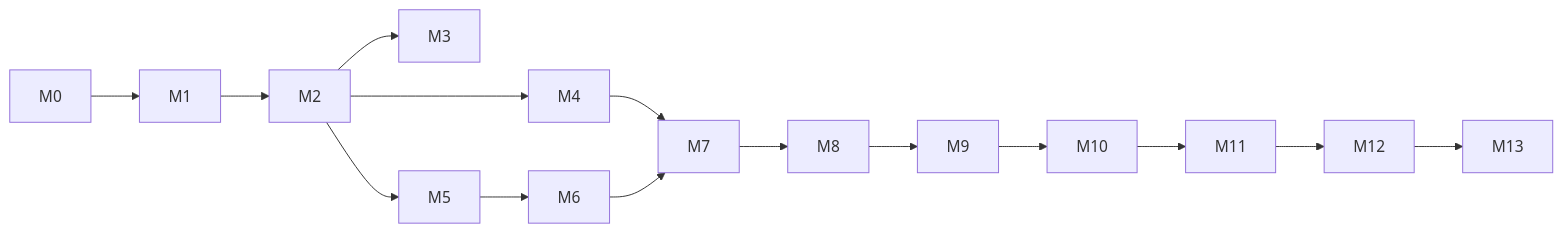
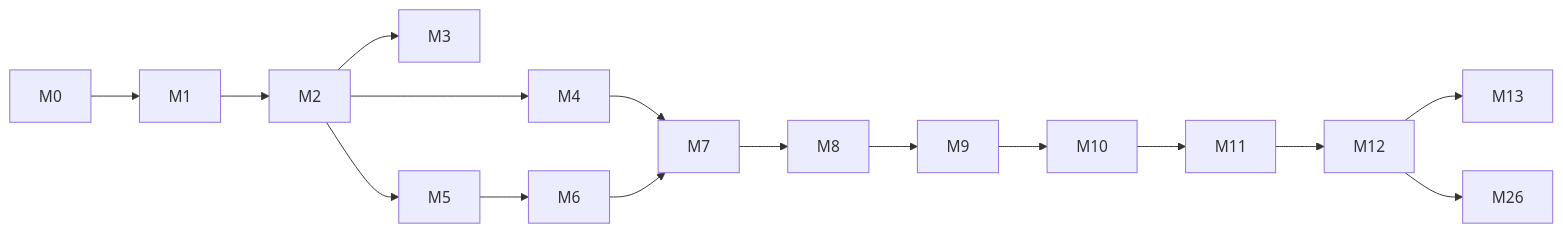
The second of 2 diagrams in docs/plan/14-roadmap.md (ebnmajed/kareem-marefa), drawn with Mermaid before and after one commit. The commit also changed other lines of this file and 17 other files, not shown here.

````diff
--- a/docs/plan/14-roadmap.md
+++ b/docs/plan/14-roadmap.md
@@ -863,11 +887,12 @@
 ```mermaid
 graph LR
     M0 --> M1 --> M2
     M2 --> M3
     M2 --> M4
     M2 --> M5
     M5 --> M6
     M4 --> M7
     M6 --> M7
     M7 --> M8 --> M9 --> M10 --> M11 --> M12 --> M13
+    M12 --> M26
 ```
````
